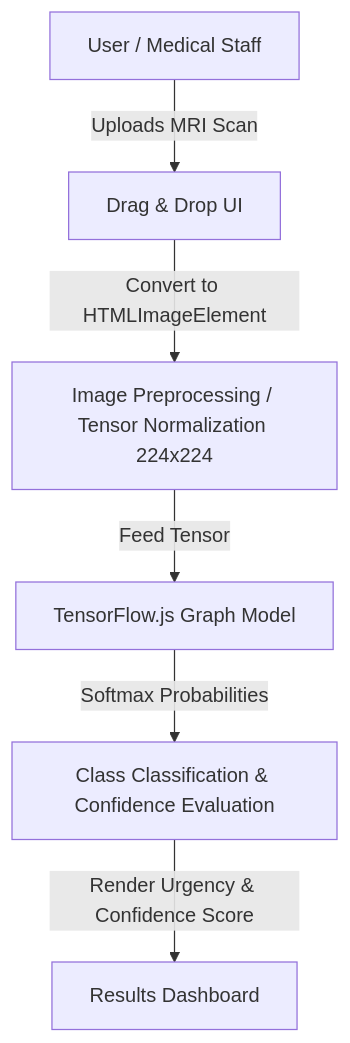
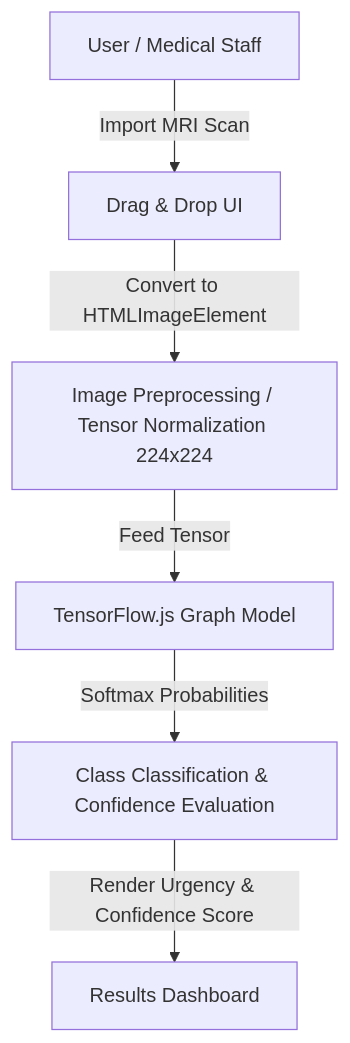
The diagram in README.md (auysh8/browser-ml-tumor-detector), drawn with Mermaid before and after one commit. The commit also changed other lines of this file and 2 other files, not shown here.

````diff
--- a/README.md
+++ b/README.md
@@ -79,8 +72,8 @@
 ```mermaid
 flowchart TD
-    A[User / Medical Staff] -->|Uploads MRI Scan| B[Drag & Drop UI]
+    A[User / Medical Staff] -->|Import MRI Scan| B[Drag & Drop UI]
     B -->|Convert to HTMLImageElement| C[Image Preprocessing / Tensor Normalization 224x224]
     C -->|Feed Tensor| D[TensorFlow.js Graph Model]
     D -->|Softmax Probabilities| E[Class Classification & Confidence Evaluation]
     E -->|Render Urgency & Confidence Score| F[Results Dashboard]
 ```
````
